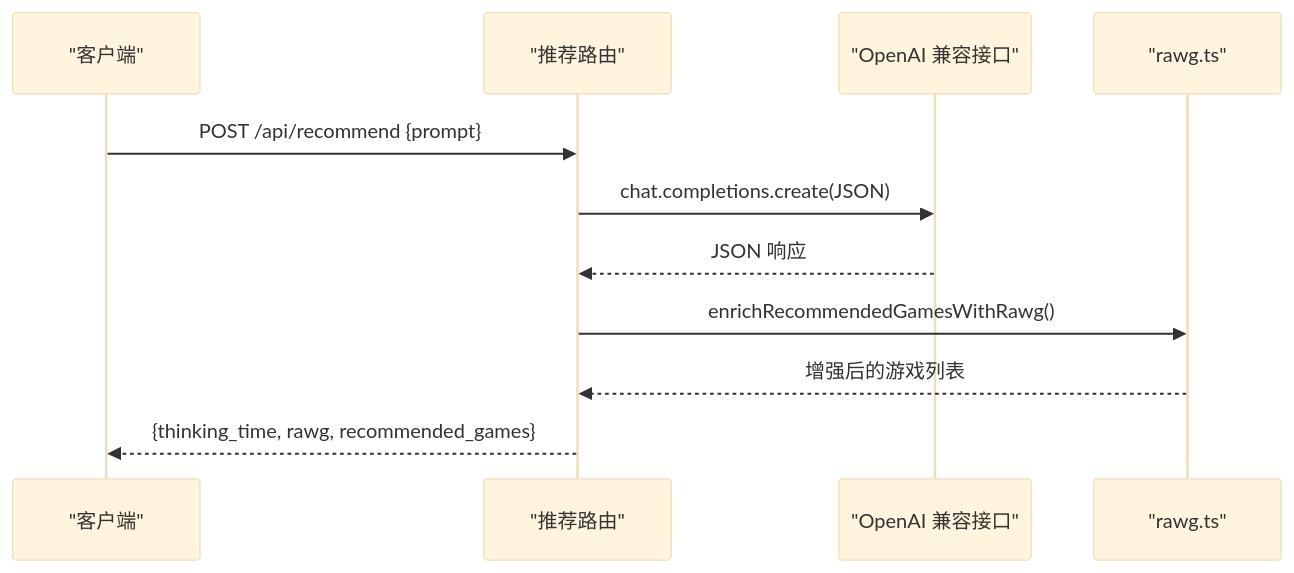
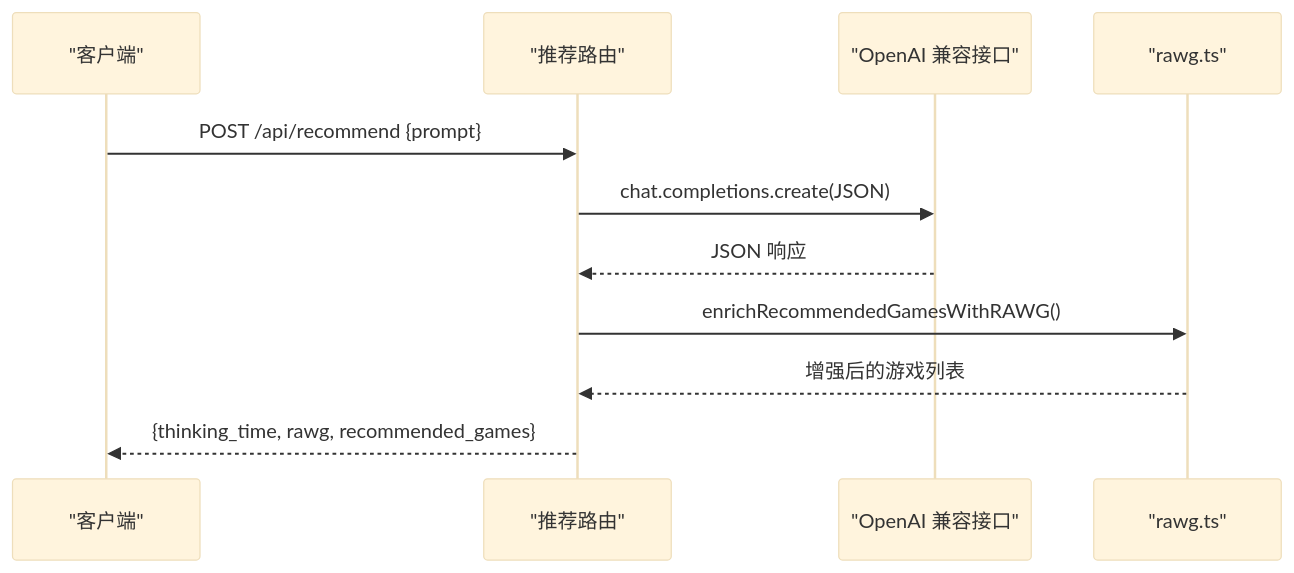
One commit to Jason-6300/JoyMate changed the fifth of 7 diagrams in .qoder/repowiki/zh/content/架构设计/技术栈选型设计.md. Above: the diagram before and after it, drawn with Mermaid (base theme). The commit also changed other lines of this file and 7 other files, not shown here.

````diff
--- a/.qoder/repowiki/zh/content/架构设计/技术栈选型设计.md
+++ b/.qoder/repowiki/zh/content/架构设计/技术栈选型设计.md
@@ -217,13 +239,13 @@
 ```mermaid
 sequenceDiagram
 participant C as "客户端"
 participant R as "推荐路由"
 participant O as "OpenAI 兼容接口"
 participant RA as "rawg.ts"
 C->>R : POST /api/recommend {prompt}
 R->>O : chat.completions.create(JSON)
 O-->>R : JSON 响应
-R->>RA : enrichRecommendedGamesWithRawg()
+R->>RA : enrichRecommendedGamesWithRAWG()
 RA-->>R : 增强后的游戏列表
 R-->>C : {thinking_time, rawg, recommended_games}
 ```
````
